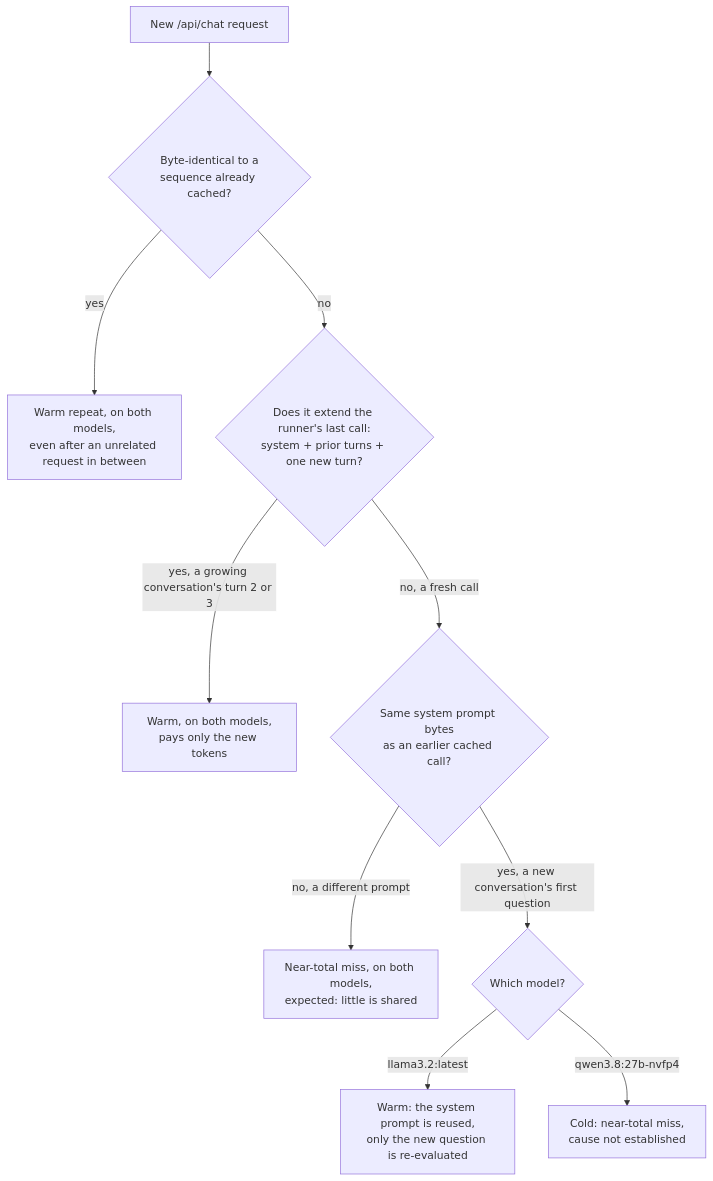
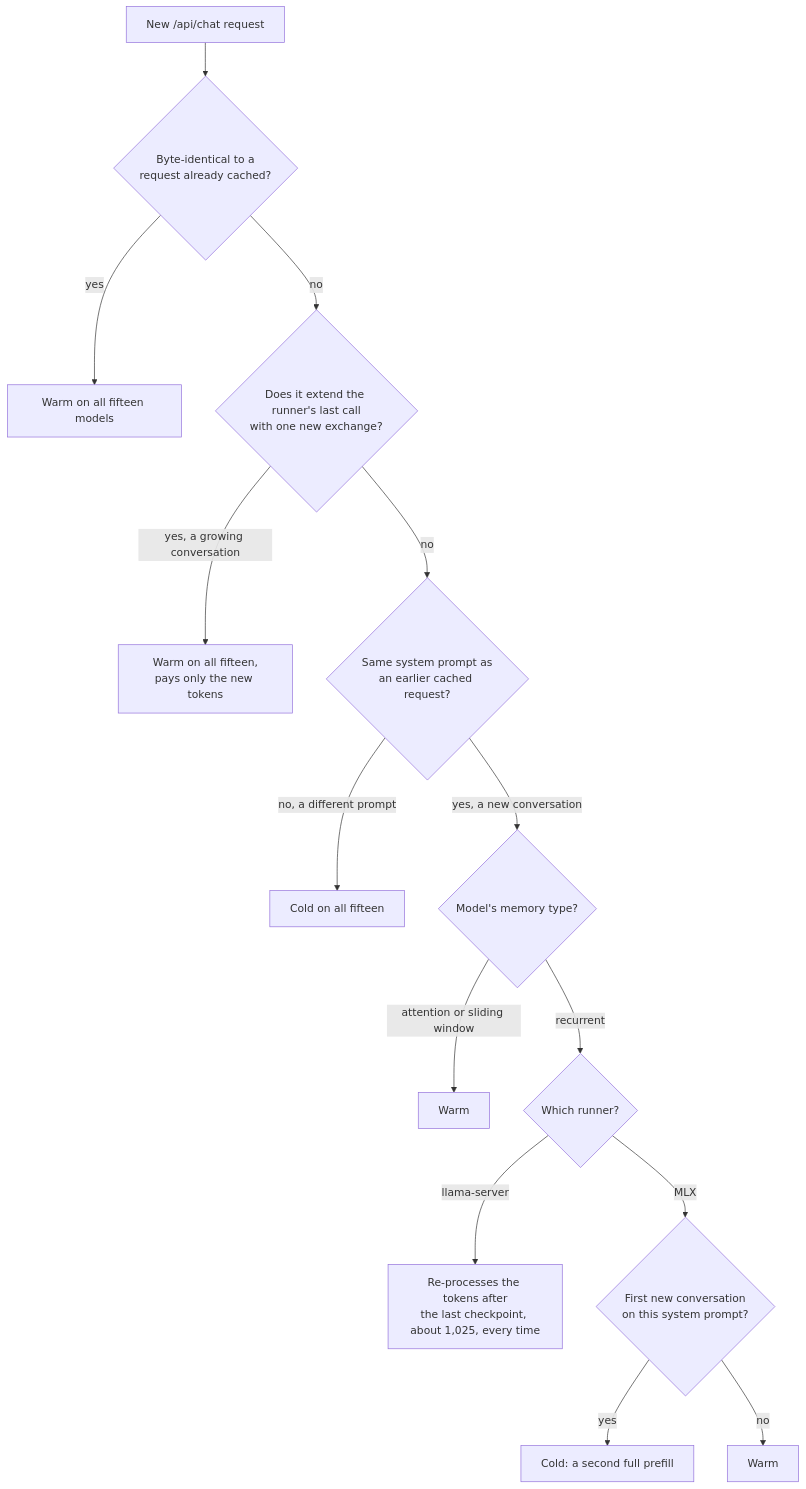
One commit to freemansoft/Flutter-AdaptiveCards changed the second of 4 diagrams in adaptive_chat_server_dart/blog/article-8-prompt-cache-draft.md. Above: the diagram before and after it, drawn with Mermaid. The commit also changed other lines of this file and 1 other file, not shown here.

First line of the commit message:
docs(chat-server): reframe article 8 around memory type, before the review pass

````diff
--- a/adaptive_chat_server_dart/blog/article-8-prompt-cache-draft.md
+++ b/adaptive_chat_server_dart/blog/article-8-prompt-cache-draft.md
@@ -232,12 +222,16 @@
 ```mermaid
 flowchart TD
-  A[New /api/chat request] --> B{Byte-identical to a<br/>sequence already cached?}
-  B -- yes --> C[Warm repeat, on both models,<br/>even after an unrelated request in between]
-  B -- no --> D{Does it extend the runner's last call:<br/>system + prior turns + one new turn?}
-  D -- yes, a growing conversation's turn 2 or 3 --> E[Warm, on both models,<br/>pays only the new tokens]
-  D -- no, a fresh call --> F{Same system prompt bytes<br/>as an earlier cached call?}
-  F -- no, a different prompt --> G[Near-total miss, on both models,<br/>expected: little is shared]
-  F -- yes, a new conversation's first question --> H{Which model?}
-  H -- llama3.2:latest --> I[Warm: the system prompt is reused,<br/>only the new question is re-evaluated]
-  H -- qwen3.8:27b-nvfp4 --> J[Cold: near-total miss,<br/>cause not established]
+  A[New /api/chat request] --> B{Byte-identical to a<br/>request already cached?}
+  B -- yes --> C[Warm on all fifteen models]
+  B -- no --> D{Does it extend the runner's last call<br/>with one new exchange?}
+  D -- yes, a growing conversation --> E[Warm on all fifteen,<br/>pays only the new tokens]
+  D -- no --> F{Same system prompt as<br/>an earlier cached request?}
+  F -- no, a different prompt --> G[Cold on all fifteen]
+  F -- yes, a new conversation --> H{Model's memory type?}
+  H -- attention or sliding window --> I[Warm]
+  H -- recurrent --> R{Which runner?}
+  R -- llama-server --> S[Re-processes the tokens after<br/>the last checkpoint, about 1,025, every time]
+  R -- MLX --> K{First new conversation<br/>on this system prompt?}
+  K -- yes --> J[Cold: a second full prefill]
+  K -- no --> L[Warm]
 ```
````
